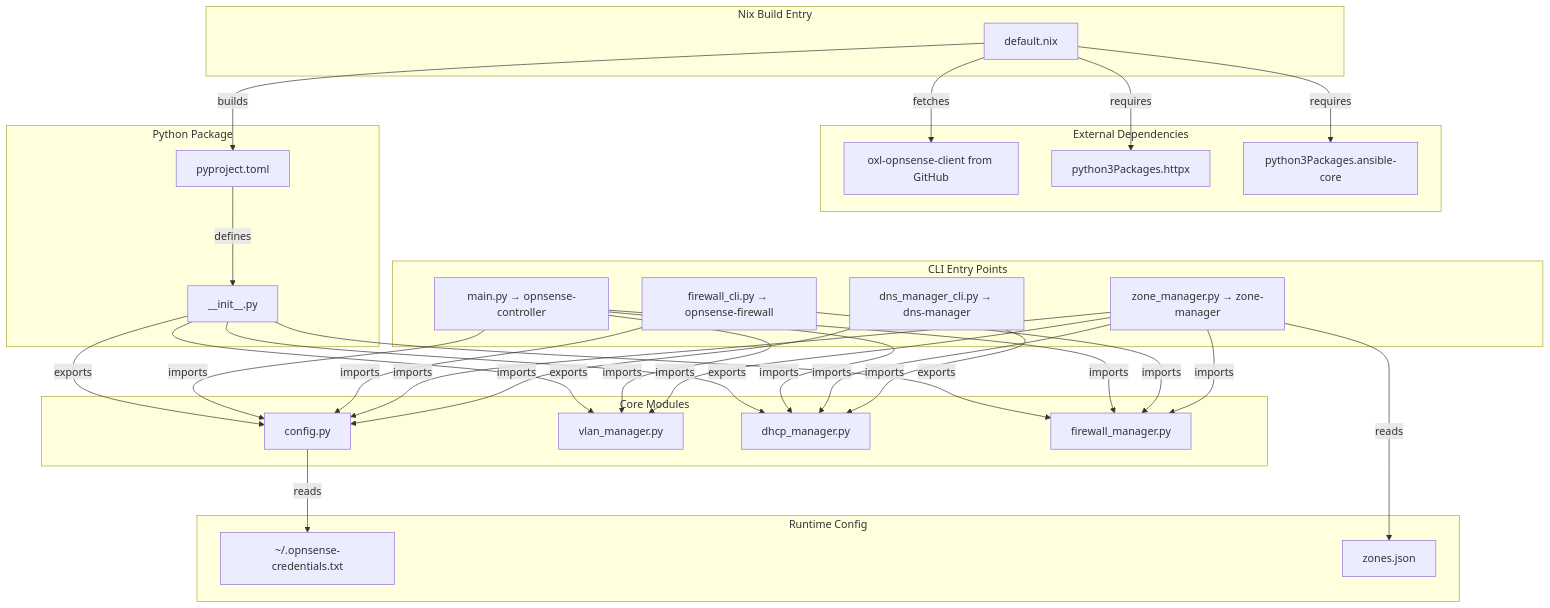
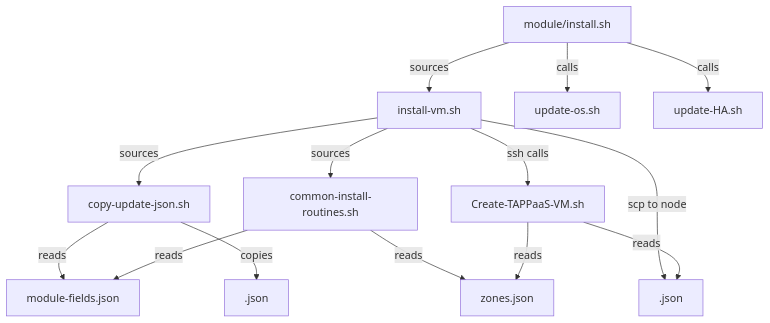
Before and after one commit to TAPPaaS/TAPPaaS: the fourth of 8 diagrams in src/foundation/DEPENDENCIES.md, drawn with Mermaid. The commit also changed other lines of this file and 50 other files, not shown here.

````diff
--- a/src/foundation/DEPENDENCIES.md
+++ b/src/foundation/DEPENDENCIES.md
@@ -255,66 +135,22 @@
 ```mermaid
 graph TD
-    subgraph "Nix Build Entry"
-        A[default.nix]
-    end
+    A["module/install.sh"] -->|sources| B[install-vm.sh]
 
-    subgraph "External Dependencies"
-        B[oxl-opnsense-client from GitHub]
-        C[python3Packages.httpx]
-        D[python3Packages.ansible-core]
-    end
+    B -->|sources| C[copy-update-json.sh]
+    B -->|sources| D[common-install-routines.sh]
 
-    subgraph "Python Package"
-        E[pyproject.toml]
-        F[__init__.py]
-    end
+    C -->|reads| E[module-fields.json]
+    C -->|copies| F["<module>.json"]
 
-    subgraph "Core Modules"
-        G[config.py]
-        H[vlan_manager.py]
-        I[dhcp_manager.py]
-        J[firewall_manager.py]
-    end
+    D -->|reads| E
+    D -->|reads| G[zones.json]
 
-    subgraph "CLI Entry Points"
-        K[main.py → opnsense-controller]
-        L[firewall_cli.py → opnsense-firewall]
-        M[zone_manager.py → zone-manager]
-        N[dns_manager_cli.py → dns-manager]
-    end
+    B -->|scp to node| H["<module>.json"]
+    B -->|ssh calls| I[Create-TAPPaaS-VM.sh]
 
-    subgraph "Runtime Config"
-        O[~/.opnsense-credentials.txt]
-        P[zones.json]
-    end
+    I -->|reads| H
+    I -->|reads| G
 
-    A -->|fetches| B
-    A -->|requires| C
-    A -->|requires| D
-    A -->|builds| E
-
-    E -->|defines| F
-    F -->|exports| G
-    F -->|exports| H
-    F -->|exports| I
-    F -->|exports| J
-
-    K -->|imports| G
-    K -->|imports| H
-    K -->|imports| I
-    K -->|imports| J
-
-    L -->|imports| G
-    L -->|imports| J
-
-    M -->|imports| G
-    M -->|imports| H
-    M -->|imports| I
-    M -->|imports| J
-    M -->|reads| P
-
-    N -->|imports| G
-    N -->|imports| I
-
-    G -->|reads| O
+    A -->|calls| J[update-os.sh]
+    A -->|calls| K[update-HA.sh]
 ```
````
